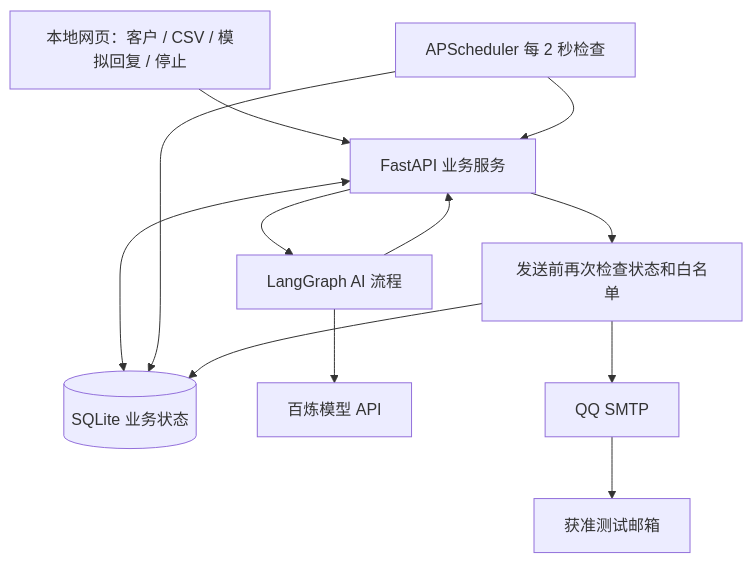
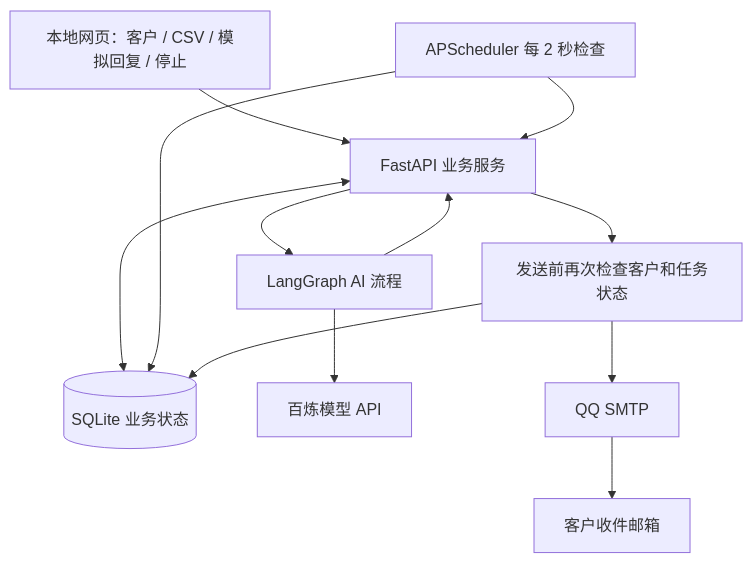
Before and after one commit to lzh-zzz/AI-Email-FollowUp: the diagram in README.md, drawn with Mermaid. The commit also changed other lines of this file and 15 other files, not shown here.

````diff
--- a/README.md
+++ b/README.md
@@ -75,14 +76,14 @@
 ```mermaid
 flowchart TD
     UI[本地网页：客户 / CSV / 模拟回复 / 停止] --> API[FastAPI 业务服务]
     API <--> DB[(SQLite 业务状态)]
     API --> Graph[LangGraph AI 流程]
     Graph --> Bailian[百炼模型 API]
     Graph --> API
     Timer[APScheduler 每 2 秒检查] --> DB
     Timer --> API
-    API --> Sender[发送前再次检查状态和白名单]
+    API --> Sender[发送前再次检查客户和任务状态]
     Sender --> SMTP[QQ SMTP]
-    SMTP --> Inbox[获准测试邮箱]
+    SMTP --> Inbox[客户收件邮箱]
     Sender --> DB
 ```
````
